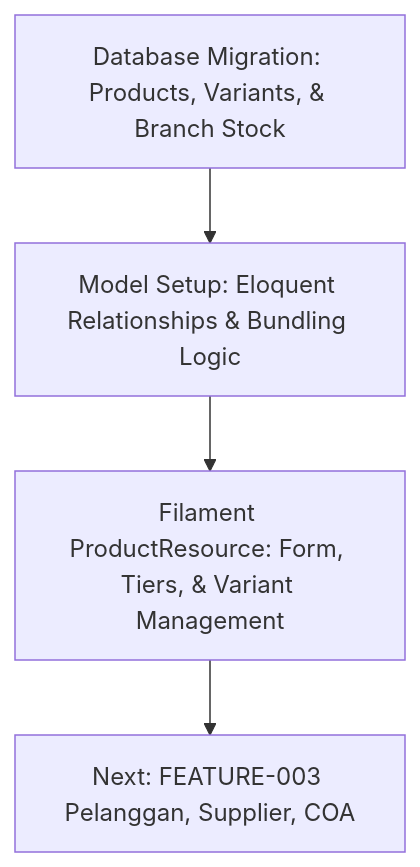
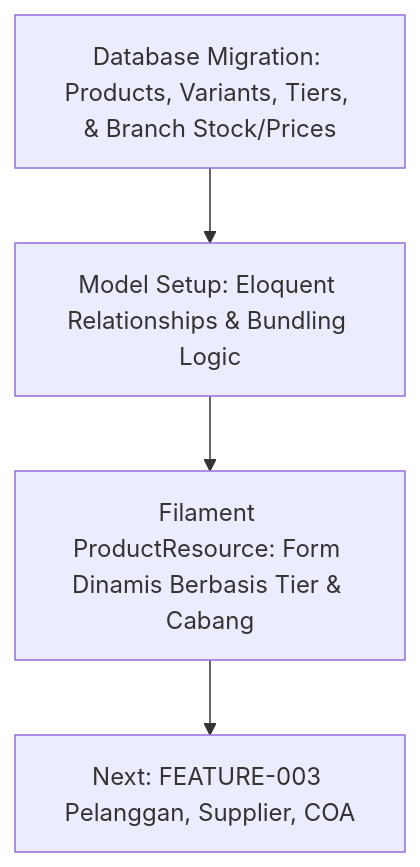
The diagram in .workspace_ai/workspace/decisions/next_epic_proposal.md (RansomBroker/diego-music-store), drawn with Mermaid before and after one commit. The commit also changed other lines of this file and 1 other file, not shown here.

Commit message:
docs: update FEATURE-002 and proposal to use dynamic pricing tiers

````diff
--- a/.workspace_ai/workspace/decisions/next_epic_proposal.md
+++ b/.workspace_ai/workspace/decisions/next_epic_proposal.md
@@ -47,6 +48,6 @@
 ```mermaid
 graph TD
-    A[Database Migration: Products, Variants, & Branch Stock] --> B[Model Setup: Eloquent Relationships & Bundling Logic]
-    B --> C[Filament ProductResource: Form, Tiers, & Variant Management]
+    A[Database Migration: Products, Variants, Tiers, & Branch Stock/Prices] --> B[Model Setup: Eloquent Relationships & Bundling Logic]
+    B --> C[Filament ProductResource: Form Dinamis Berbasis Tier & Cabang]
     C --> D[Next: FEATURE-003 Pelanggan, Supplier, COA]
 ```
````
